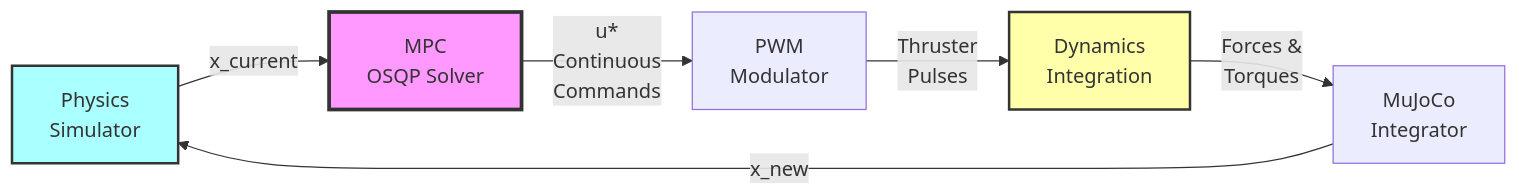
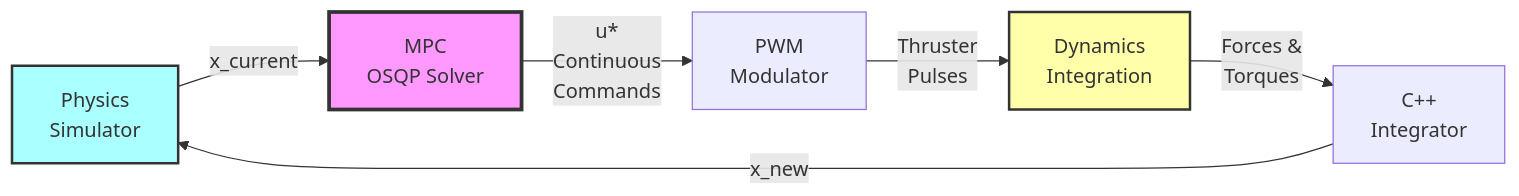
Before and after one commit to AevarOfjord/Satellite_3D_PWM-Continuous_Thrusters_ReactionWheel: the first of 3 diagrams in docs/MATHEMATICS.md, drawn with Mermaid. The commit also changed other lines of this file and 1750 other files, not shown here.

````diff
--- a/docs/MATHEMATICS.md
+++ b/docs/MATHEMATICS.md
@@ -54,12 +54,12 @@
 ```mermaid
 graph LR
     A[Physics<br/>Simulator] -->|x_current| B[MPC<br/>OSQP Solver]
     B -->|u*<br/>Continuous<br/>Commands| C[PWM<br/>Modulator]
     C -->|Thruster<br/>Pulses| D[Dynamics<br/>Integration]
-    D -->|Forces &<br/>Torques| E[MuJoCo<br/>Integrator]
+    D -->|Forces &<br/>Torques| E[C++<br/>Integrator]
     E -->|x_new| A
 
     style B fill:#f9f,stroke:#333,stroke-width:3px
     style D fill:#ffa,stroke:#333,stroke-width:2px
     style A fill:#aff,stroke:#333,stroke-width:2px
 ```
````
